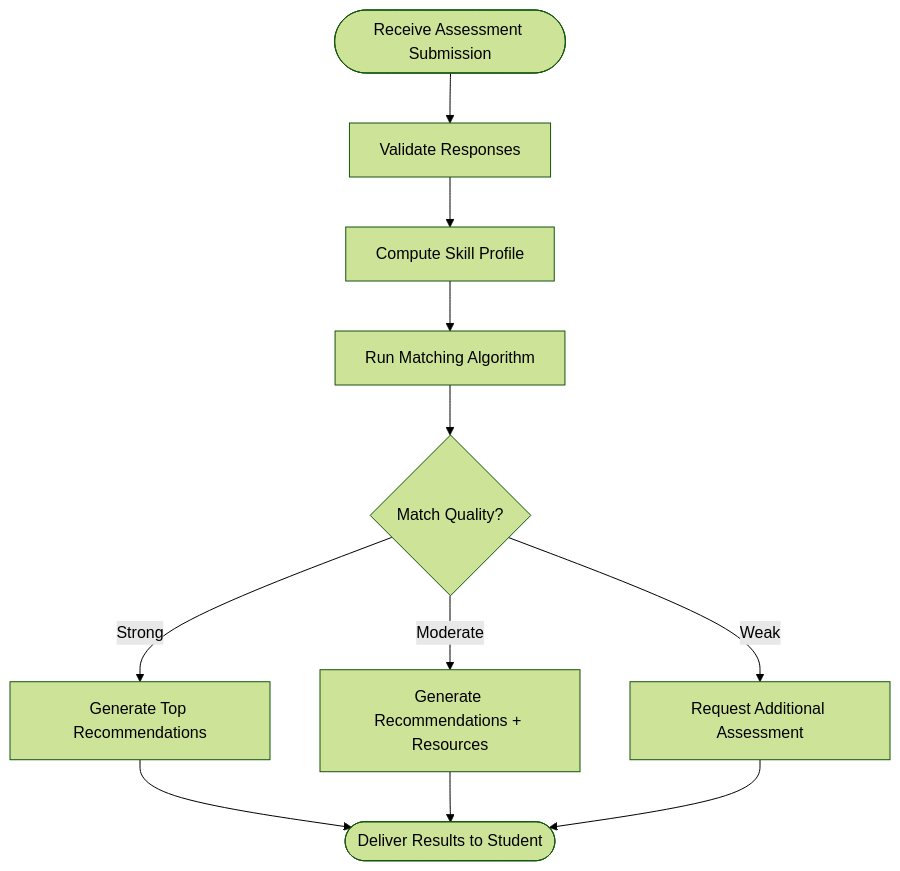
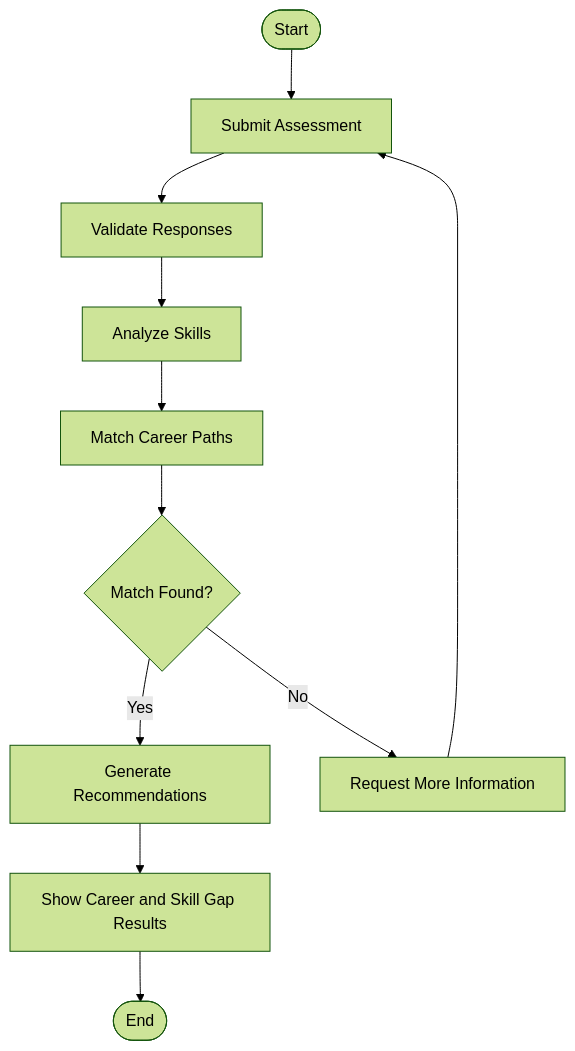
Before and after one commit to Aditi2512Gupta/CareerAI: the fifth of 8 diagrams in README.md, drawn with Mermaid (forest theme). The commit also changed other lines of this file, not shown here.

Commit message:
Fix Mermaid diagrams in README

````diff
--- a/README.md
+++ b/README.md
@@ -189,13 +175,13 @@
 ```mermaid
 flowchart TD
-    Start([Receive Assessment Submission]) --> V[Validate Responses]
-    V --> C[Compute Skill Profile]
-    C --> M[Run Matching Algorithm]
-    M --> Q{Match Quality?}
-    Q -->|Strong| S[Generate Top Recommendations]
-    Q -->|Moderate| R[Generate Recommendations + Resources]
-    Q -->|Weak| W[Request Additional Assessment]
-    S --> End([Deliver Results to Student])
-    R --> End
-    W --> End
+    Start([Start]) --> A[Submit Assessment]
+    A --> B[Validate Responses]
+    B --> C[Analyze Skills]
+    C --> D[Match Career Paths]
+    D --> E{Match Found?}
+    E -->|Yes| F[Generate Recommendations]
+    E -->|No| G[Request More Information]
+    F --> H[Show Career and Skill Gap Results]
+    G --> A
+    H --> End([End])
 ```
````
